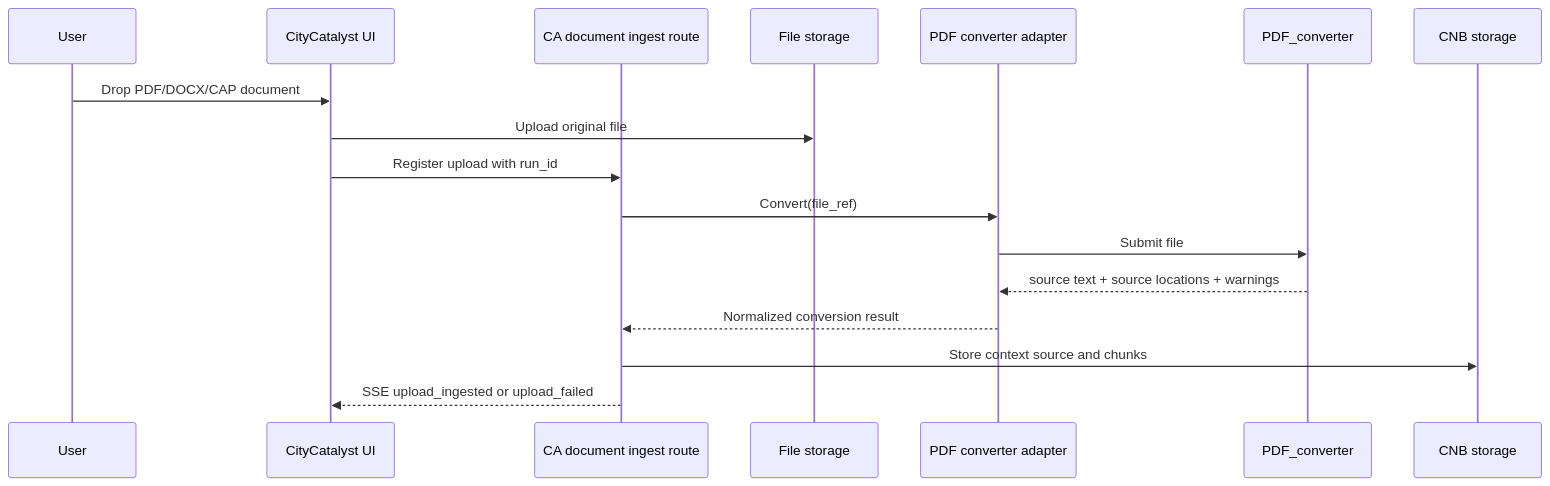
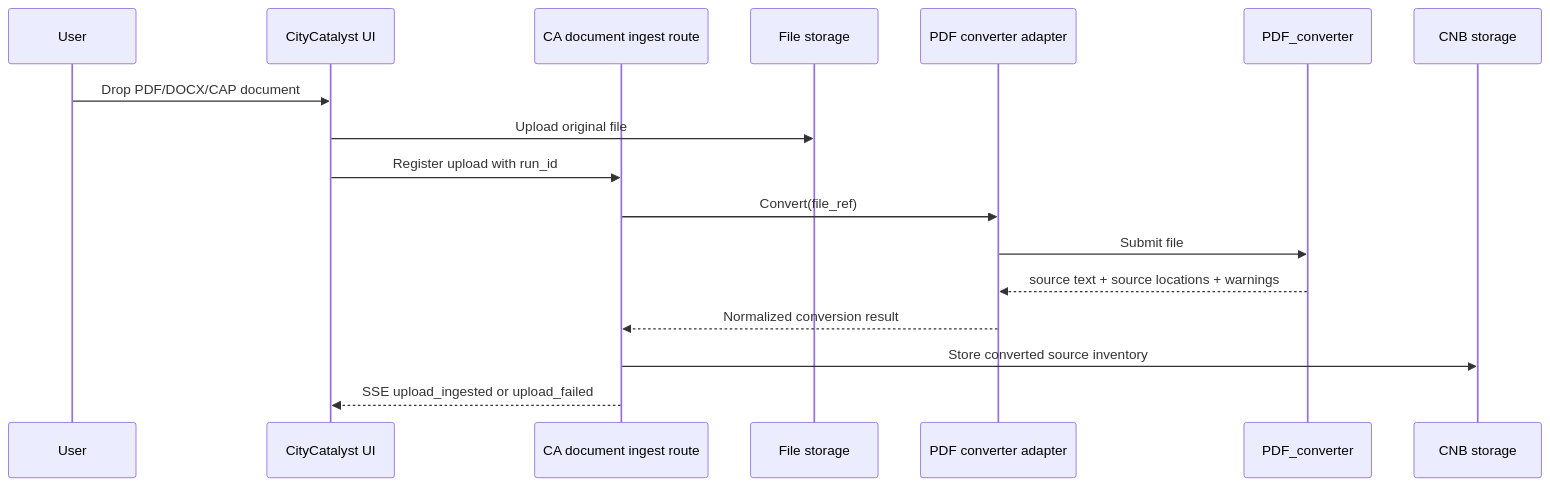
Before and after one commit to Open-Earth-Foundation/CityCatalyst: the tenth of 15 diagrams in docs/ConceptNoteBuilderArchitecture.md, drawn with Mermaid. The commit also changed other lines of this file, not shown here.

````diff
--- a/docs/ConceptNoteBuilderArchitecture.md
+++ b/docs/ConceptNoteBuilderArchitecture.md
@@ -695,20 +698,20 @@
 ```mermaid
 sequenceDiagram
     participant User
     participant UI as CityCatalyst UI
     participant CA as CA document ingest route
     participant Store as File storage
     participant Adapter as PDF converter adapter
     participant Converter as PDF_converter
     participant DB as CNB storage
 
     User->>UI: Drop PDF/DOCX/CAP document
     UI->>Store: Upload original file
     UI->>CA: Register upload with run_id
     CA->>Adapter: Convert(file_ref)
     Adapter->>Converter: Submit file
     Converter-->>Adapter: source text + source locations + warnings
     Adapter-->>CA: Normalized conversion result
-    CA->>DB: Store context source and chunks
+    CA->>DB: Store converted source inventory
     CA-->>UI: SSE upload_ingested or upload_failed
 ```
````
